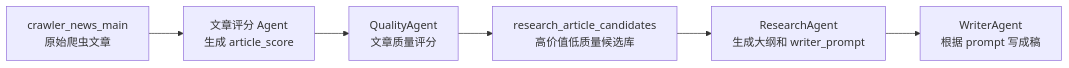
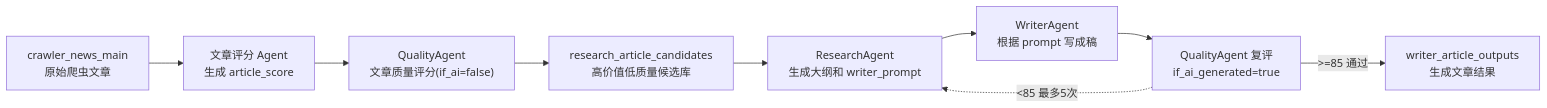
The diagram in 08-ResearchAgent说明.md (flyingsnowzz/Multi-Agent-Automatic-Operation-Website), drawn with Mermaid before and after one commit. The commit also changed 11 other files, not shown here.

````diff
--- a/08-ResearchAgent说明.md
+++ b/08-ResearchAgent说明.md
@@ -13,8 +13,11 @@
 ```mermaid
 flowchart LR
     CRAWLER["crawler_news_main<br/>原始爬虫文章"] --> SCORE["文章评分 Agent<br/>生成 article_score"]
-    SCORE --> QUALITY["QualityAgent<br/>文章质量评分"]
+    SCORE --> QUALITY["QualityAgent<br/>文章质量评分(if_ai=false)"]
     QUALITY --> CANDIDATE["research_article_candidates<br/>高价值低质量候选库"]
     CANDIDATE --> RESEARCH["ResearchAgent<br/>生成大纲和 writer_prompt"]
     RESEARCH --> WRITER["WriterAgent<br/>根据 prompt 写成稿"]
+    WRITER --> QUALITY_REV["QualityAgent 复评<br/>if_ai_generated=true"]
+    QUALITY_REV -->|">=85 通过"| OUTPUT["writer_article_outputs<br/>生成文章结果"]
+    QUALITY_REV -.->|"<85 最多5次"| RESEARCH
 ```
````
